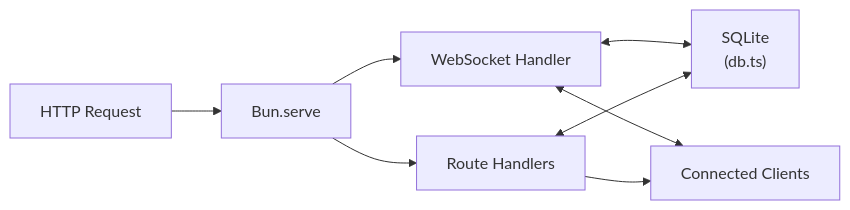
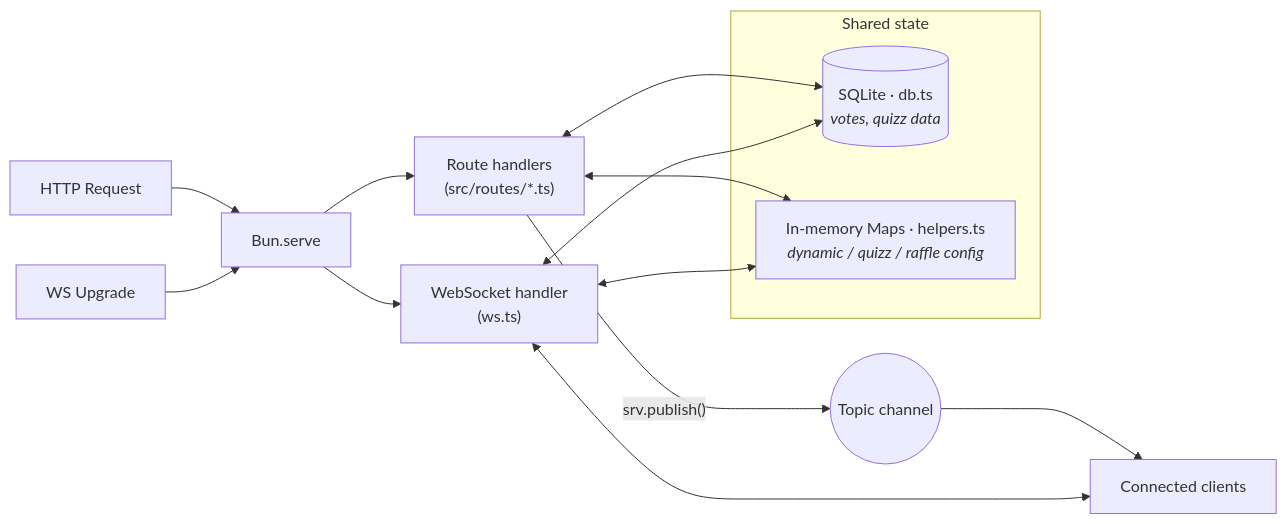
One commit to gouz/pollux changed the first of 3 diagrams in docs/explanation/architecture.md. Above: the diagram before and after it, drawn with Mermaid. The commit also changed other lines of this file and 11 other files, not shown here.

First line of the commit message:
docs: expand Diataxis docs with mermaid diagrams

````diff
--- a/docs/explanation/architecture.md
+++ b/docs/explanation/architecture.md
@@ -7,10 +11,21 @@
 ```mermaid
 flowchart LR
   A["HTTP Request"] --> B["Bun.serve"]
-  B --> C["Route Handlers"]
-  B --> D["WebSocket Handler"]
-  D <--> E["SQLite<br/>(db.ts)"]
+  A2["WS Upgrade"] --> B
+  B --> C["Route handlers<br/>(src/routes/*.ts)"]
+  B --> D["WebSocket handler<br/>(ws.ts)"]
+
+  subgraph state["Shared state"]
+    E[("SQLite · db.ts<br/><i>votes, quizz data</i>")]
+    M["In-memory Maps · helpers.ts<br/><i>dynamic / quizz / raffle config</i>"]
+  end
+
   C <--> E
-  D <--> F["Connected Clients"]
-  C --> F
+  C <--> M
+  D <--> E
+  D <--> M
+
+  C -->|"srv.publish()"| CH(("Topic channel"))
+  CH --> F["Connected clients"]
+  D <--> F
 ```
````
